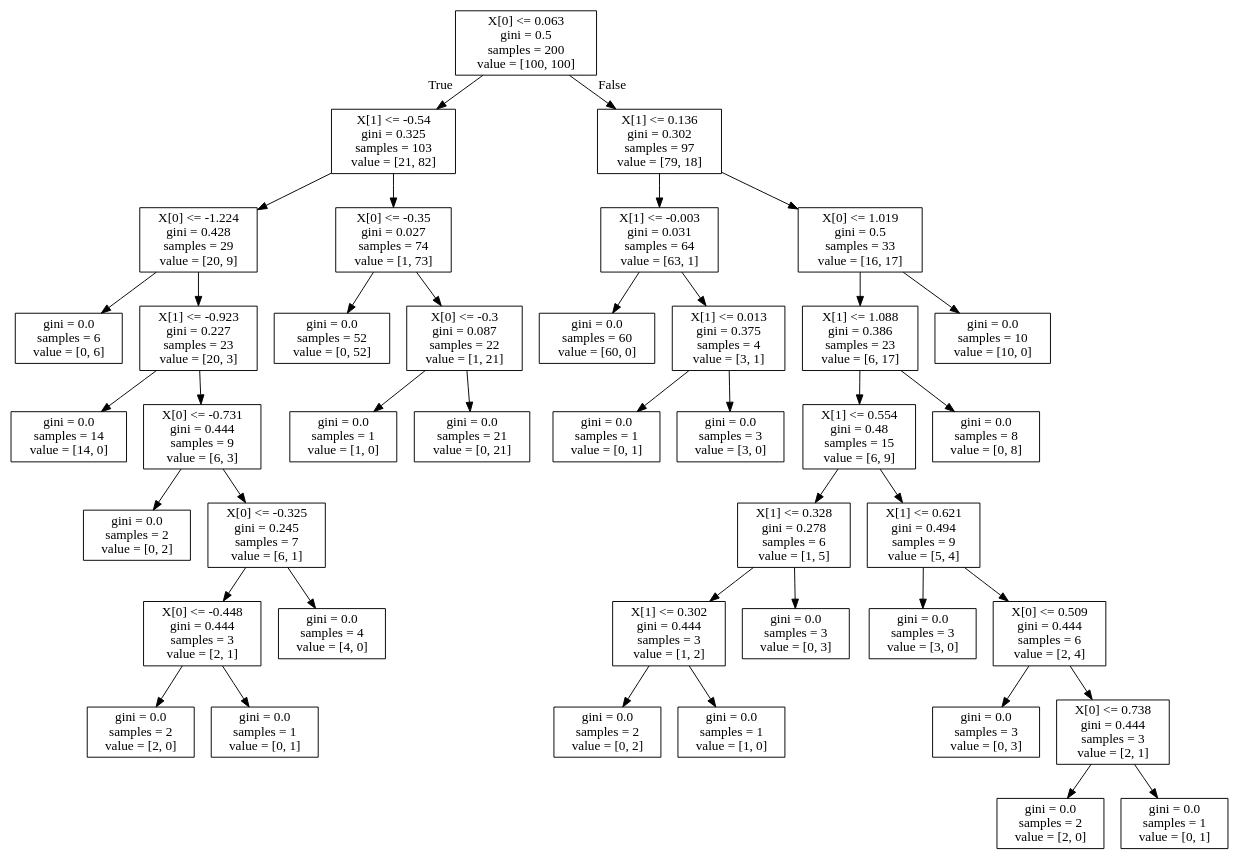
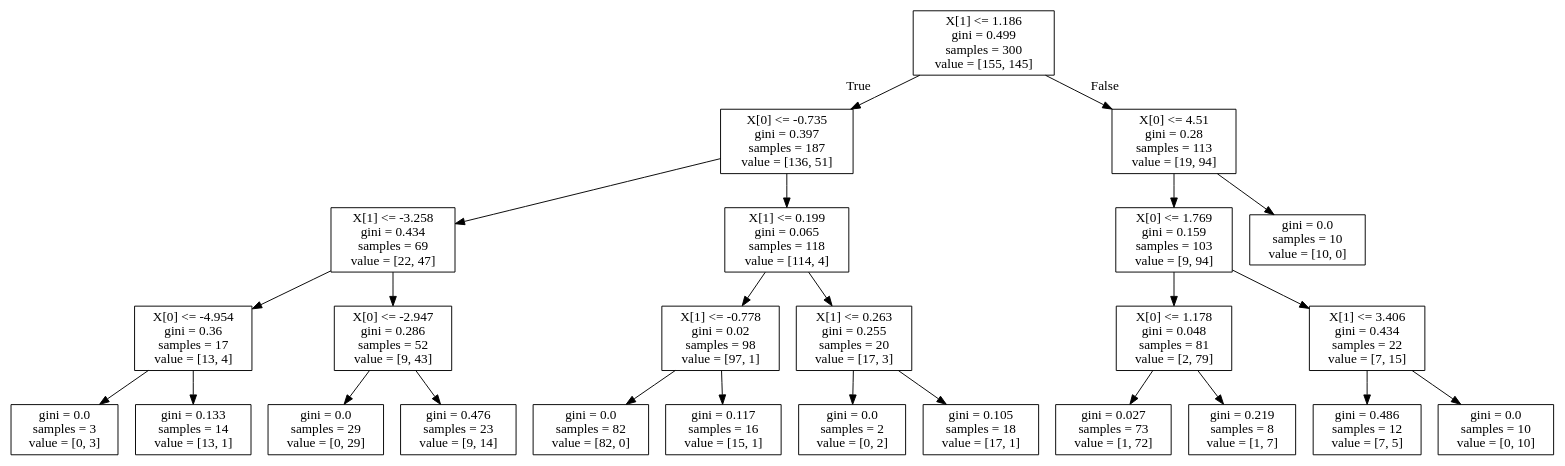
The diagram in Chapter4/temp.dot (crotsu/ML_basic_ensemble), drawn with Graphviz before and after one commit. The commit also changed 11 other files, not shown here.

```diff
--- a/Chapter4/temp.dot
+++ b/Chapter4/temp.dot
@@ -1,84 +1,52 @@
 digraph Tree {
 node [shape=box] ;
-0 [label="X[0] <= 0.063\ngini = 0.5\nsamples = 200\nvalue = [100, 100]"] ;
-1 [label="X[1] <= -0.54\ngini = 0.325\nsamples = 103\nvalue = [21, 82]"] ;
+0 [label="X[1] <= 1.186\ngini = 0.499\nsamples = 300\nvalue = [155, 145]"] ;
+1 [label="X[0] <= -0.735\ngini = 0.397\nsamples = 187\nvalue = [136, 51]"] ;
 0 -> 1 [labeldistance=2.5, labelangle=45, headlabel="True"] ;
-2 [label="X[0] <= -1.224\ngini = 0.428\nsamples = 29\nvalue = [20, 9]"] ;
+2 [label="X[1] <= -3.258\ngini = 0.434\nsamples = 69\nvalue = [22, 47]"] ;
 1 -> 2 ;
-3 [label="gini = 0.0\nsamples = 6\nvalue = [0, 6]"] ;
+3 [label="X[0] <= -4.954\ngini = 0.36\nsamples = 17\nvalue = [13, 4]"] ;
 2 -> 3 ;
-4 [label="X[1] <= -0.923\ngini = 0.227\nsamples = 23\nvalue = [20, 3]"] ;
-2 -> 4 ;
-5 [label="gini = 0.0\nsamples = 14\nvalue = [14, 0]"] ;
-4 -> 5 ;
-6 [label="X[0] <= -0.731\ngini = 0.444\nsamples = 9\nvalue = [6, 3]"] ;
-4 -> 6 ;
-7 [label="gini = 0.0\nsamples = 2\nvalue = [0, 2]"] ;
+4 [label="gini = 0.0\nsamples = 3\nvalue = [0, 3]"] ;
+3 -> 4 ;
+5 [label="gini = 0.133\nsamples = 14\nvalue = [13, 1]"] ;
+3 -> 5 ;
+6 [label="X[0] <= -2.947\ngini = 0.286\nsamples = 52\nvalue = [9, 43]"] ;
+2 -> 6 ;
+7 [label="gini = 0.0\nsamples = 29\nvalue = [0, 29]"] ;
 6 -> 7 ;
-8 [label="X[0] <= -0.325\ngini = 0.245\nsamples = 7\nvalue = [6, 1]"] ;
+8 [label="gini = 0.476\nsamples = 23\nvalue = [9, 14]"] ;
 6 -> 8 ;
-9 [label="X[0] <= -0.448\ngini = 0.444\nsamples = 3\nvalue = [2, 1]"] ;
-8 -> 9 ;
-10 [label="gini = 0.0\nsamples = 2\nvalue = [2, 0]"] ;
+9 [label="X[1] <= 0.199\ngini = 0.065\nsamples = 118\nvalue = [114, 4]"] ;
+1 -> 9 ;
+10 [label="X[1] <= -0.778\ngini = 0.02\nsamples = 98\nvalue = [97, 1]"] ;
 9 -> 10 ;
-11 [label="gini = 0.0\nsamples = 1\nvalue = [0, 1]"] ;
-9 -> 11 ;
-12 [label="gini = 0.0\nsamples = 4\nvalue = [4, 0]"] ;
-8 -> 12 ;
-13 [label="X[0] <= -0.35\ngini = 0.027\nsamples = 74\nvalue = [1, 73]"] ;
-1 -> 13 ;
-14 [label="gini = 0.0\nsamples = 52\nvalue = [0, 52]"] ;
+11 [label="gini = 0.0\nsamples = 82\nvalue = [82, 0]"] ;
+10 -> 11 ;
+12 [label="gini = 0.117\nsamples = 16\nvalue = [15, 1]"] ;
+10 -> 12 ;
+13 [label="X[1] <= 0.263\ngini = 0.255\nsamples = 20\nvalue = [17, 3]"] ;
+9 -> 13 ;
+14 [label="gini = 0.0\nsamples = 2\nvalue = [0, 2]"] ;
 13 -> 14 ;
-15 [label="X[0] <= -0.3\ngini = 0.087\nsamples = 22\nvalue = [1, 21]"] ;
+15 [label="gini = 0.105\nsamples = 18\nvalue = [17, 1]"] ;
 13 -> 15 ;
-16 [label="gini = 0.0\nsamples = 1\nvalue = [1, 0]"] ;
-15 -> 16 ;
-17 [label="gini = 0.0\nsamples = 21\nvalue = [0, 21]"] ;
-15 -> 17 ;
-18 [label="X[1] <= 0.136\ngini = 0.302\nsamples = 97\nvalue = [79, 18]"] ;
-0 -> 18 [labeldistance=2.5, labelangle=-45, headlabel="False"] ;
-19 [label="X[1] <= -0.003\ngini = 0.031\nsamples = 64\nvalue = [63, 1]"] ;
+16 [label="X[0] <= 4.51\ngini = 0.28\nsamples = 113\nvalue = [19, 94]"] ;
+0 -> 16 [labeldistance=2.5, labelangle=-45, headlabel="False"] ;
+17 [label="X[0] <= 1.769\ngini = 0.159\nsamples = 103\nvalue = [9, 94]"] ;
+16 -> 17 ;
+18 [label="X[0] <= 1.178\ngini = 0.048\nsamples = 81\nvalue = [2, 79]"] ;
+17 -> 18 ;
+19 [label="gini = 0.027\nsamples = 73\nvalue = [1, 72]"] ;
 18 -> 19 ;
-20 [label="gini = 0.0\nsamples = 60\nvalue = [60, 0]"] ;
-19 -> 20 ;
-21 [label="X[1] <= 0.013\ngini = 0.375\nsamples = 4\nvalue = [3, 1]"] ;
-19 -> 21 ;
-22 [label="gini = 0.0\nsamples = 1\nvalue = [0, 1]"] ;
+20 [label="gini = 0.219\nsamples = 8\nvalue = [1, 7]"] ;
+18 -> 20 ;
+21 [label="X[1] <= 3.406\ngini = 0.434\nsamples = 22\nvalue = [7, 15]"] ;
+17 -> 21 ;
+22 [label="gini = 0.486\nsamples = 12\nvalue = [7, 5]"] ;
 21 -> 22 ;
-23 [label="gini = 0.0\nsamples = 3\nvalue = [3, 0]"] ;
+23 [label="gini = 0.0\nsamples = 10\nvalue = [0, 10]"] ;
 21 -> 23 ;
-24 [label="X[0] <= 1.019\ngini = 0.5\nsamples = 33\nvalue = [16, 17]"] ;
-18 -> 24 ;
-25 [label="X[1] <= 1.088\ngini = 0.386\nsamples = 23\nvalue = [6, 17]"] ;
-24 -> 25 ;
-26 [label="X[1] <= 0.554\ngini = 0.48\nsamples = 15\nvalue = [6, 9]"] ;
-25 -> 26 ;
-27 [label="X[1] <= 0.328\ngini = 0.278\nsamples = 6\nvalue = [1, 5]"] ;
-26 -> 27 ;
-28 [label="X[1] <= 0.302\ngini = 0.444\nsamples = 3\nvalue = [1, 2]"] ;
-27 -> 28 ;
-29 [label="gini = 0.0\nsamples = 2\nvalue = [0, 2]"] ;
-28 -> 29 ;
-30 [label="gini = 0.0\nsamples = 1\nvalue = [1, 0]"] ;
-28 -> 30 ;
-31 [label="gini = 0.0\nsamples = 3\nvalue = [0, 3]"] ;
-27 -> 31 ;
-32 [label="X[1] <= 0.621\ngini = 0.494\nsamples = 9\nvalue = [5, 4]"] ;
-26 -> 32 ;
-33 [label="gini = 0.0\nsamples = 3\nvalue = [3, 0]"] ;
-32 -> 33 ;
-34 [label="X[0] <= 0.509\ngini = 0.444\nsamples = 6\nvalue = [2, 4]"] ;
-32 -> 34 ;
-35 [label="gini = 0.0\nsamples = 3\nvalue = [0, 3]"] ;
-34 -> 35 ;
-36 [label="X[0] <= 0.738\ngini = 0.444\nsamples = 3\nvalue = [2, 1]"] ;
-34 -> 36 ;
-37 [label="gini = 0.0\nsamples = 2\nvalue = [2, 0]"] ;
-36 -> 37 ;
-38 [label="gini = 0.0\nsamples = 1\nvalue = [0, 1]"] ;
-36 -> 38 ;
-39 [label="gini = 0.0\nsamples = 8\nvalue = [0, 8]"] ;
-25 -> 39 ;
-40 [label="gini = 0.0\nsamples = 10\nvalue = [10, 0]"] ;
-24 -> 40 ;
+24 [label="gini = 0.0\nsamples = 10\nvalue = [10, 0]"] ;
+16 -> 24 ;
 }
```
